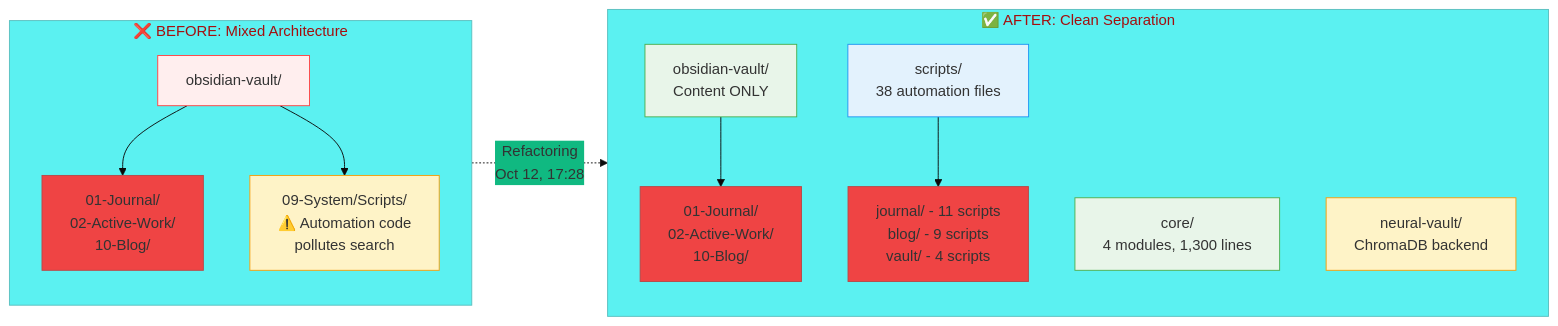
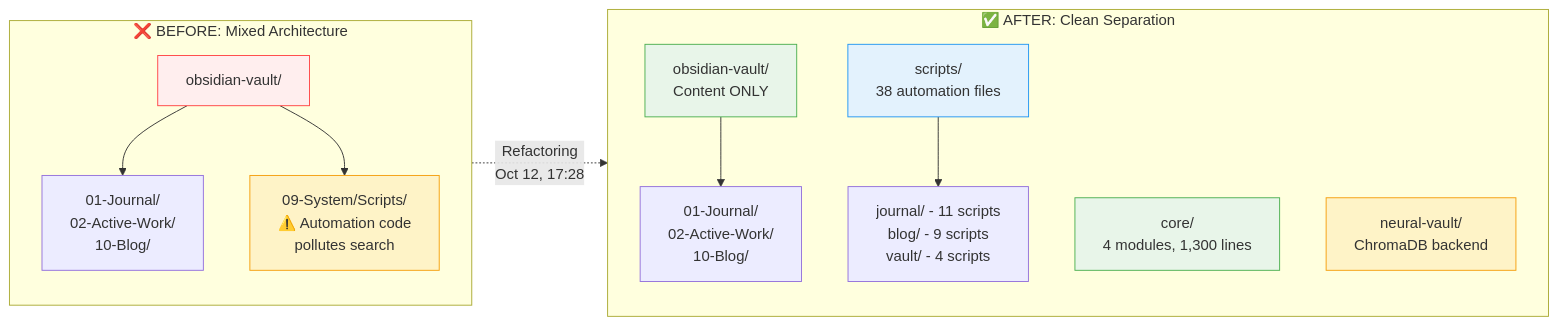
The fourth of 6 diagrams in src/data/blog/season-2-episode-4-three-systems-parallel-testing.md (rduffyuk/blog-astro), drawn with Mermaid before and after one commit. The commit also changed other lines of this file and 3 other files, not shown here.

First line of the commit message:
Add mermaid peer dependency and enable theme switching

````diff
--- a/src/data/blog/season-2-episode-4-three-systems-parallel-testing.md
+++ b/src/data/blog/season-2-episode-4-three-systems-parallel-testing.md
@@ -520,31 +517,30 @@
 ```mermaid
-%%{init: {'theme':'base', 'themeVariables': { 'primaryColor':'#ef4444','secondaryColor':'#10b981'}}}%%
 graph LR
     subgraph Before["❌ BEFORE: Mixed Architecture"]
         direction TB
         V1[obsidian-vault/]
         V1 --> Content1[01-Journal/<br/>02-Active-Work/<br/>10-Blog/]
         V1 --> Code1[09-System/Scripts/<br/>⚠️ Automation code<br/>pollutes search]
 
         style V1 fill:#fee,stroke:#f44
         style Code1 fill:#fef3c7,stroke:#f59e0b
     end
 
     subgraph After["✅ AFTER: Clean Separation"]
         direction TB
         V2[obsidian-vault/<br/>Content ONLY]
         Scripts[scripts/<br/>38 automation files]
         Core[core/<br/>4 modules, 1,300 lines]
         Neural[neural-vault/<br/>ChromaDB backend]
 
         V2 --> Content2[01-Journal/<br/>02-Active-Work/<br/>10-Blog/]
         Scripts --> Journal[journal/ - 11 scripts<br/>blog/ - 9 scripts<br/>vault/ - 4 scripts]
 
         style V2 fill:#e8f5e9,stroke:#4caf50
         style Scripts fill:#e3f2fd,stroke:#2196f3
         style Core fill:#e8f5e9,stroke:#4caf50
         style Neural fill:#fef3c7,stroke:#f59e0b
     end
 
     Before -.->|Refactoring<br/>Oct 12, 17:28| After
 ```
````
